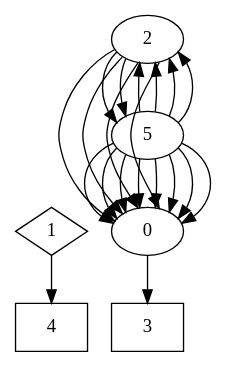
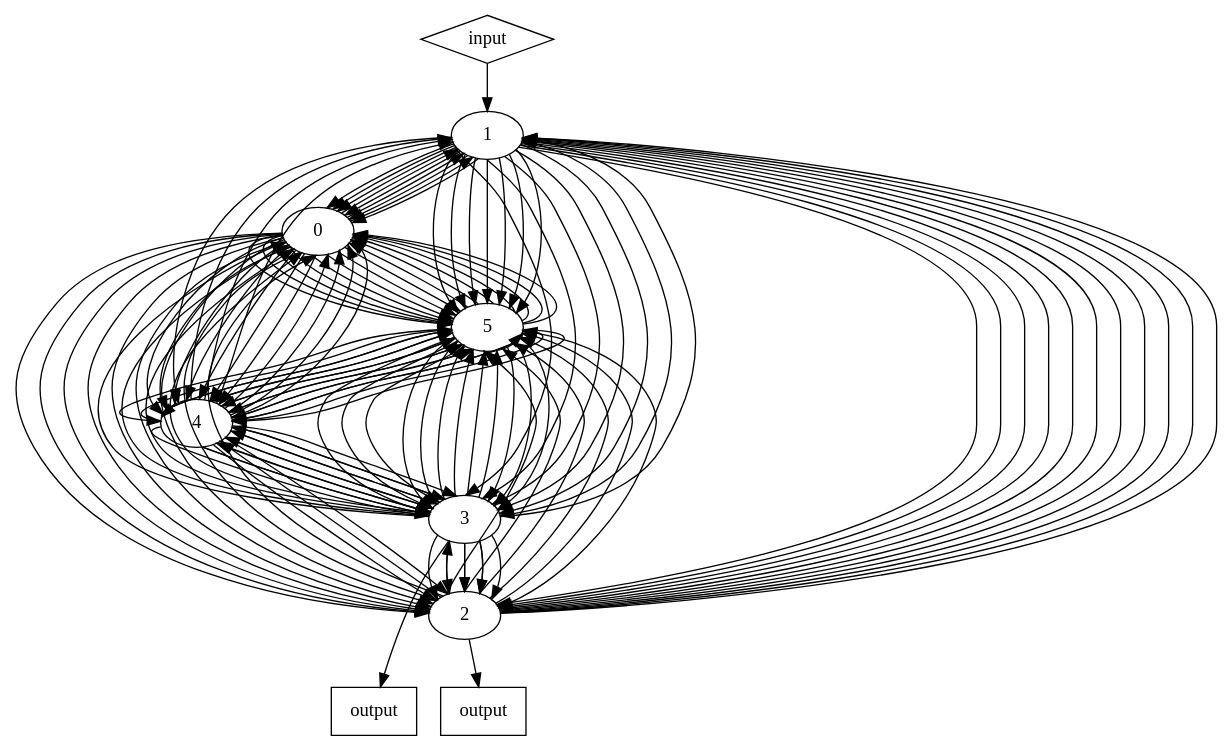
One commit to DobbiKov/open_digraph_lib changed the diagram in dot.dot. Above: the diagram before and after it, drawn with Graphviz. The commit also changed 3 other files, not shown here.

```diff
--- a/dot.dot
+++ b/dot.dot
@@ -1,1 +1,1 @@
-digraph G{subgraph inputs{rank=same;v1 [label="1" shape=diamond]}subgraph outputs{rank=same;v3 [label="3" shape=box]v4 [label="4" shape=box]}v0 [label="0" ]v2 [label="2" ]v5 [label="5" ]v0 -> v3;v1 -> v4;v2 -> v0;v2 -> v0;v2 -> v0;v2 -> v0;v2 -> v5;v2 -> v5;v5 -> v0;v5 -> v0;v5 -> v0;v5 -> v0;v5 -> v0;v5 -> v0;v5 -> v0;v5 -> v0;v5 -> v2;v5 -> v2;v5 -> v2;v5 -> v2;}
+digraph G{subgraph inputs{rank=same;v6 [label="input" shape=diamond]}subgraph outputs{rank=same;v7 [label="output" shape=box]v8 [label="output" shape=box]}v0 [label="0" ]v1 [label="1" ]v2 [label="2" ]v3 [label="3" ]v4 [label="4" ]v5 [label="5" ]v0 -> v1;v0 -> v1;v0 -> v1;v0 -> v2;v0 -> v2;v0 -> v2;v0 -> v2;v0 -> v2;v0 -> v2;v0 -> v2;v0 -> v2;v0 -> v4;v0 -> v4;v0 -> v4;v0 -> v4;v0 -> v4;v0 -> v4;v0 -> v4;v0 -> v5;v0 -> v5;v0 -> v5;v0 -> v5;v0 -> v5;v0 -> v5;v0 -> v5;v0 -> v5;v1 -> v0;v1 -> v0;v1 -> v0;v1 -> v0;v1 -> v0;v1 -> v0;v1 -> v2;v1 -> v2;v1 -> v2;v1 -> v3;v1 -> v3;v1 -> v3;v1 -> v3;v1 -> v3;v1 -> v3;v1 -> v4;v1 -> v5;v1 -> v5;v1 -> v5;v1 -> v5;v1 -> v5;v1 -> v5;v1 -> v5;v2 -> v0;v2 -> v1;v2 -> v1;v2 -> v1;v2 -> v1;v2 -> v1;v2 -> v1;v2 -> v1;v2 -> v1;v2 -> v3;v2 -> v4;v2 -> v5;v2 -> v5;v2 -> v5;v2 -> v5;v2 -> v5;v2 -> v5;v2 -> v7;v3 -> v0;v3 -> v0;v3 -> v0;v3 -> v0;v3 -> v1;v3 -> v2;v3 -> v2;v3 -> v2;v3 -> v2;v3 -> v2;v3 -> v2;v3 -> v2;v3 -> v4;v3 -> v4;v3 -> v4;v3 -> v4;v3 -> v5;v3 -> v5;v3 -> v5;v3 -> v5;v3 -> v5;v3 -> v8;v4 -> v0;v4 -> v0;v4 -> v0;v4 -> v0;v4 -> v1;v4 -> v1;v4 -> v1;v4 -> v2;v4 -> v2;v4 -> v3;v4 -> v3;v4 -> v3;v4 -> v3;v4 -> v3;v4 -> v3;v4 -> v3;v4 -> v3;v4 -> v5;v4 -> v5;v4 -> v5;v4 -> v5;v4 -> v5;v4 -> v5;v4 -> v5;v4 -> v5;v5 -> v0;v5 -> v0;v5 -> v0;v5 -> v0;v5 -> v0;v5 -> v0;v5 -> v0;v5 -> v3;v5 -> v3;v5 -> v3;v5 -> v3;v5 -> v3;v5 -> v3;v5 -> v3;v5 -> v4;v5 -> v4;v5 -> v4;v5 -> v4;v5 -> v4;v5 -> v4;v5 -> v4;v5 -> v4;v6 -> v1;}
```
